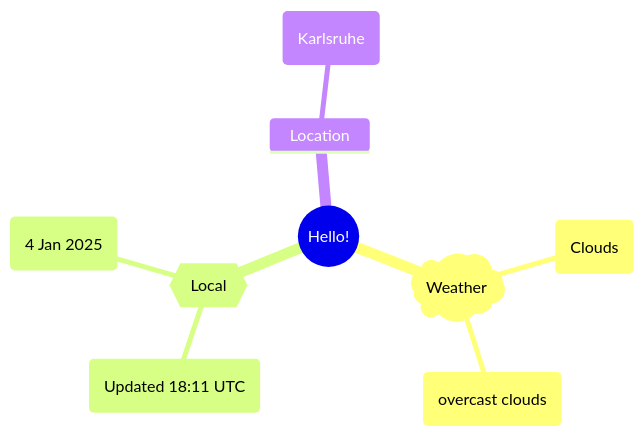
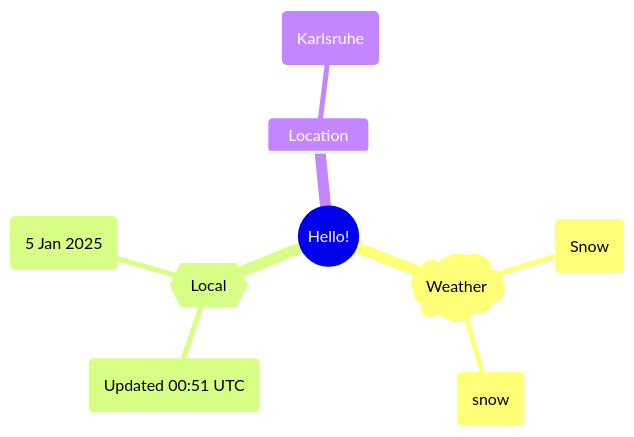
One commit to Xosrov/Xosrov changed the first of 2 diagrams in README.md. Above: the diagram before and after it, drawn with Mermaid.

Commit message:
[bot] updated images

````diff
--- a/README.md
+++ b/README.md
@@ -3,12 +3,12 @@
 ```mermaid
 mindmap
   root((Hello!))
     )Weather(
-        (Clouds)
-        (overcast clouds)
+        (Snow)
+        (snow)
     {{Local}}
-        (Updated 18:11 UTC)
-        (4 Jan 2025)
+        (Updated 00:51 UTC)
+        (5 Jan 2025)
     Location
         (Karlsruhe)
 ```
````
